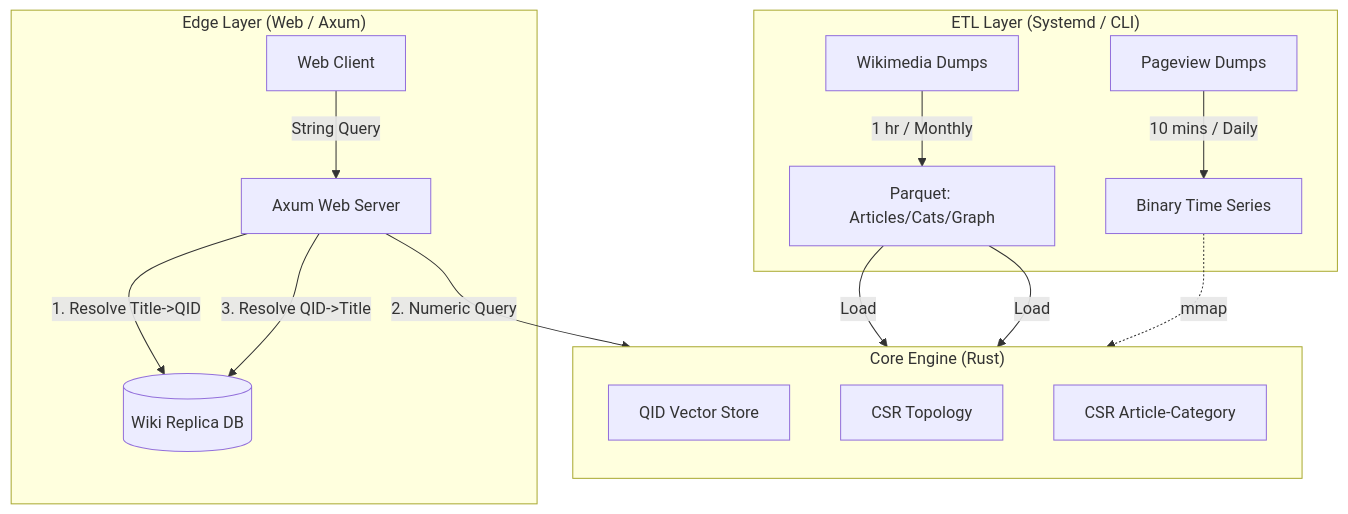
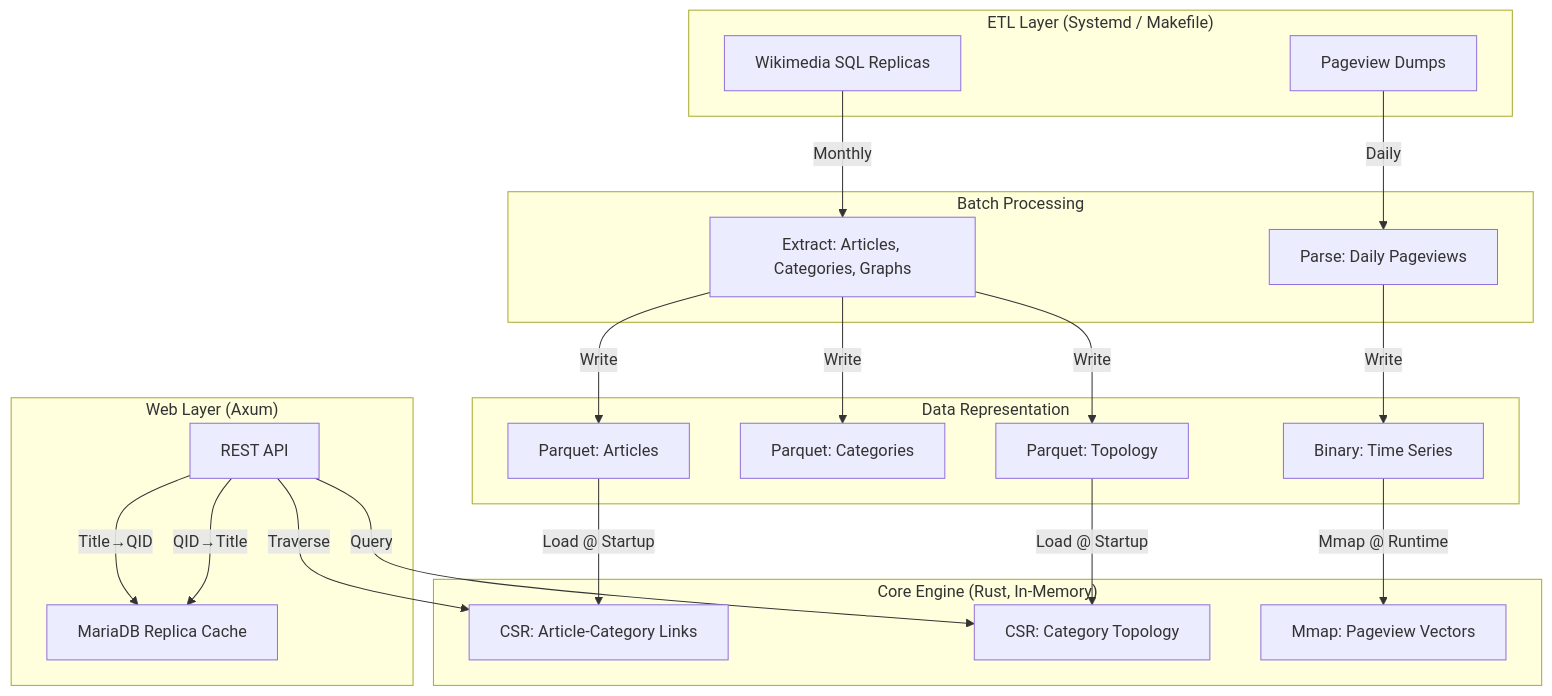
One commit to santhoshtr/topictrends changed the diagram in README.md. Above: the diagram before and after it, drawn with Mermaid. The commit also changed other lines of this file and 3 other files, not shown here.

````diff
--- a/README.md
+++ b/README.md
@@ -38,28 +63,46 @@
 ```mermaid
 graph TD
-    subgraph "ETL Layer (Systemd / CLI)"
-        RAW[Wikimedia Dumps] -->|1 hr / Monthly| PQ_META[Parquet: Articles/Cats/Graph]
-        RAW_PV[Pageview Dumps] -->|10 mins / Daily| BIN_TS[Binary Time Series]
+    subgraph "ETL Layer (Systemd / Makefile)"
+        RAW["Wikimedia SQL Replicas"]
+        DUMPS["Pageview Dumps"]
     end
 
-    subgraph "Core Engine (Rust)"
-        direction TB
-        QID_STORE[QID Vector Store]
-        CSR_TOPO[CSR Topology]
-        CSR_LINK[CSR Article-Category]
-
-        PQ_META -->|Load| CSR_TOPO
-        PQ_META -->|Load| CSR_LINK
-        BIN_TS -.->|mmap| QID_STORE
+    subgraph "Batch Processing"
+        META["Extract: Articles, Categories, Graphs"]
+        PV["Parse: Daily Pageviews"]
     end
 
-    subgraph "Edge Layer (Web / Axum)"
-        API[Axum Web Server]
-        DB_REP[(Wiki Replica DB)]
+    subgraph "Data Representation"
+        PQ_ART["Parquet: Articles"]
+        PQ_CAT["Parquet: Categories"]
+        PQ_GRAPH["Parquet: Topology"]
+        BIN_TS["Binary: Time Series"]
+    end
 
-        USER[Web Client] -->|String Query| API
-        API -->|1. Resolve Title->QID| DB_REP
-        API -->|2. Numeric Query| CSR_TOPO
-        API -->|3. Resolve QID->Title| DB_REP
+    subgraph "Core Engine (Rust, In-Memory)"
+        CSR_LINK["CSR: Article-Category Links"]
+        CSR_TOPO["CSR: Category Topology"]
+        TS_STORE["Mmap: Pageview Vectors"]
     end
+
+    subgraph "Web Layer (Axum)"
+        API["REST API"]
+        DB_REP["MariaDB Replica Cache"]
+    end
+
+    RAW -->|Monthly| META
+    DUMPS -->|Daily| PV
+    META -->|Write| PQ_ART
+    META -->|Write| PQ_CAT
+    META -->|Write| PQ_GRAPH
+    PV -->|Write| BIN_TS
+
+    PQ_ART -->|Load @ Startup| CSR_LINK
+    PQ_GRAPH -->|Load @ Startup| CSR_TOPO
+    BIN_TS -->|Mmap @ Runtime| TS_STORE
+
+    API -->|Title→QID| DB_REP
+    API -->|Query| CSR_TOPO
+    API -->|Traverse| CSR_LINK
+    API -->|QID→Title| DB_REP
 ```
````
